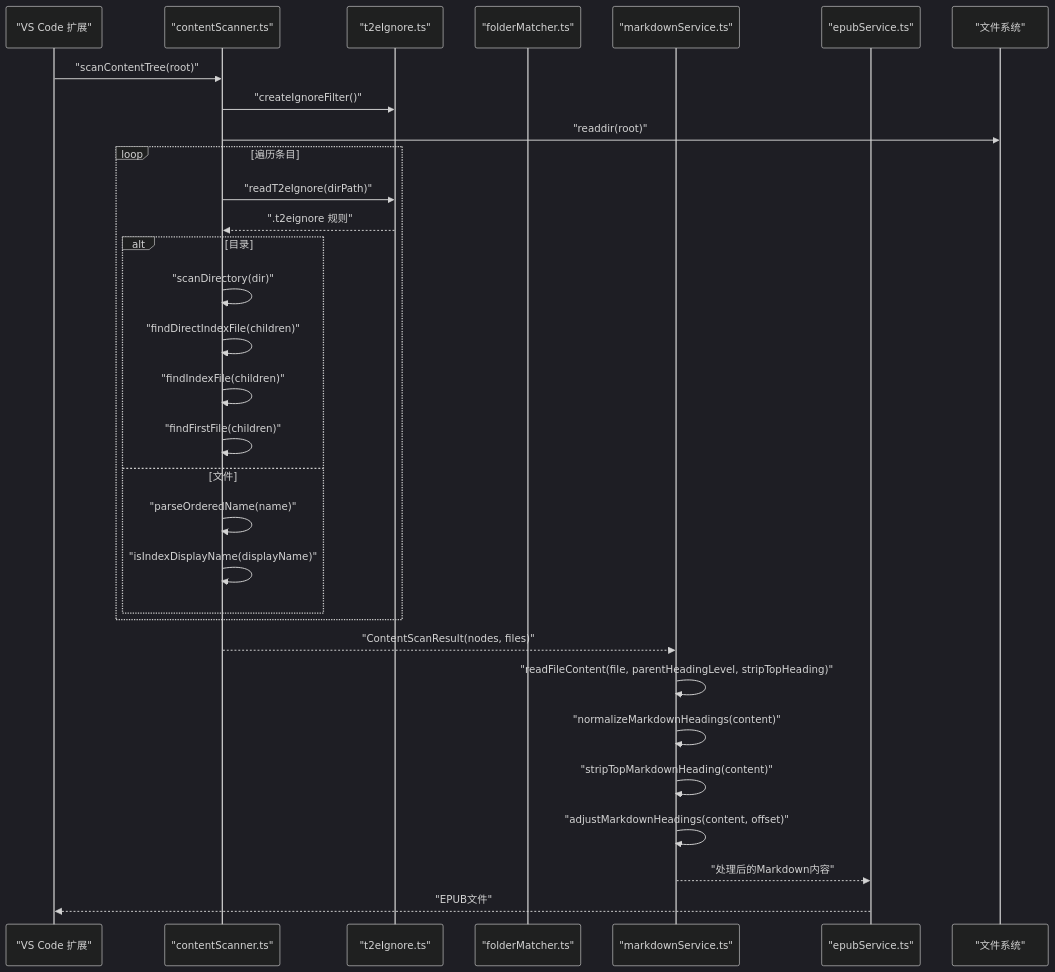
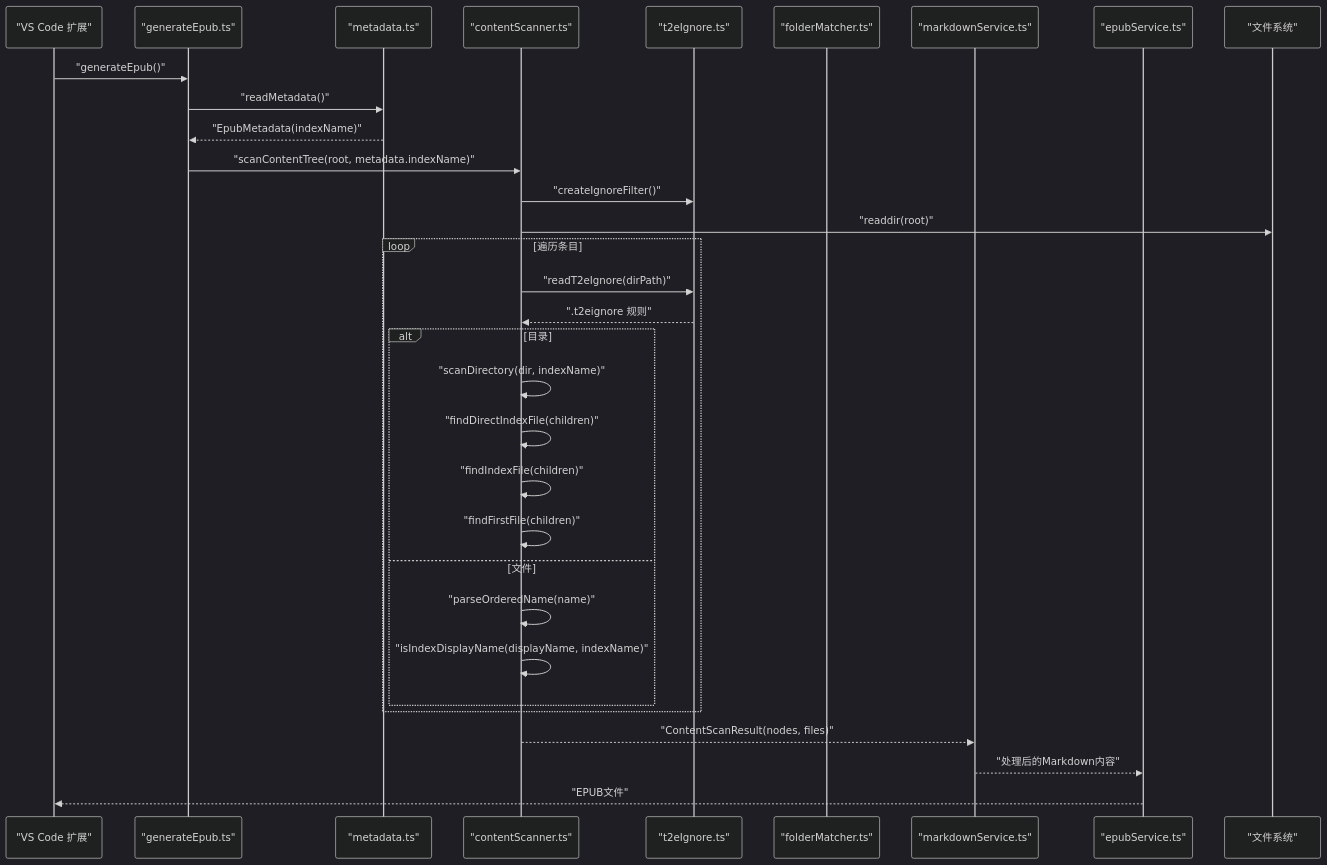
The second of 5 diagrams in .qoder/repowiki/zh/content/技术架构详解/内容扫描系统/索引文件处理.md (someok/vscode-folder2epub), drawn with Mermaid (dark theme) before and after one commit. The commit also changed other lines of this file and 4 other files, not shown here.

````diff
--- a/.qoder/repowiki/zh/content/技术架构详解/内容扫描系统/索引文件处理.md
+++ b/.qoder/repowiki/zh/content/技术架构详解/内容扫描系统/索引文件处理.md
@@ -120,33 +156,34 @@
 ```mermaid
 sequenceDiagram
 participant VS as "VS Code 扩展"
+participant GE as "generateEpub.ts"
+participant MET as "metadata.ts"
 participant CS as "contentScanner.ts"
 participant TI as "t2eIgnore.ts"
 participant FM as "folderMatcher.ts"
 participant MS as "markdownService.ts"
 participant ES as "epubService.ts"
 participant FS as "文件系统"
-VS->>CS : "scanContentTree(root)"
+VS->>GE : "generateEpub()"
+GE->>MET : "readMetadata()"
+MET-->>GE : "EpubMetadata(indexName)"
+GE->>CS : "scanContentTree(root, metadata.indexName)"
 CS->>TI : "createIgnoreFilter()"
 CS->>FS : "readdir(root)"
 loop 遍历条目
 CS->>TI : "readT2eIgnore(dirPath)"
 TI-->>CS : ".t2eignore 规则"
 alt 目录
-CS->>CS : "scanDirectory(dir)"
+CS->>CS : "scanDirectory(dir, indexName)"
 CS->>CS : "findDirectIndexFile(children)"
 CS->>CS : "findIndexFile(children)"
 CS->>CS : "findFirstFile(children)"
 else 文件
 CS->>CS : "parseOrderedName(name)"
-CS->>CS : "isIndexDisplayName(displayName)"
+CS->>CS : "isIndexDisplayName(displayName, indexName)"
 end
 end
 CS-->>MS : "ContentScanResult(nodes, files)"
-MS->>MS : "readFileContent(file, parentHeadingLevel, stripTopHeading)"
-MS->>MS : "normalizeMarkdownHeadings(content)"
-MS->>MS : "stripTopMarkdownHeading(content)"
-MS->>MS : "adjustMarkdownHeadings(content, offset)"
 MS-->>ES : "处理后的Markdown内容"
 ES-->>VS : "EPUB文件"
 ```
````
